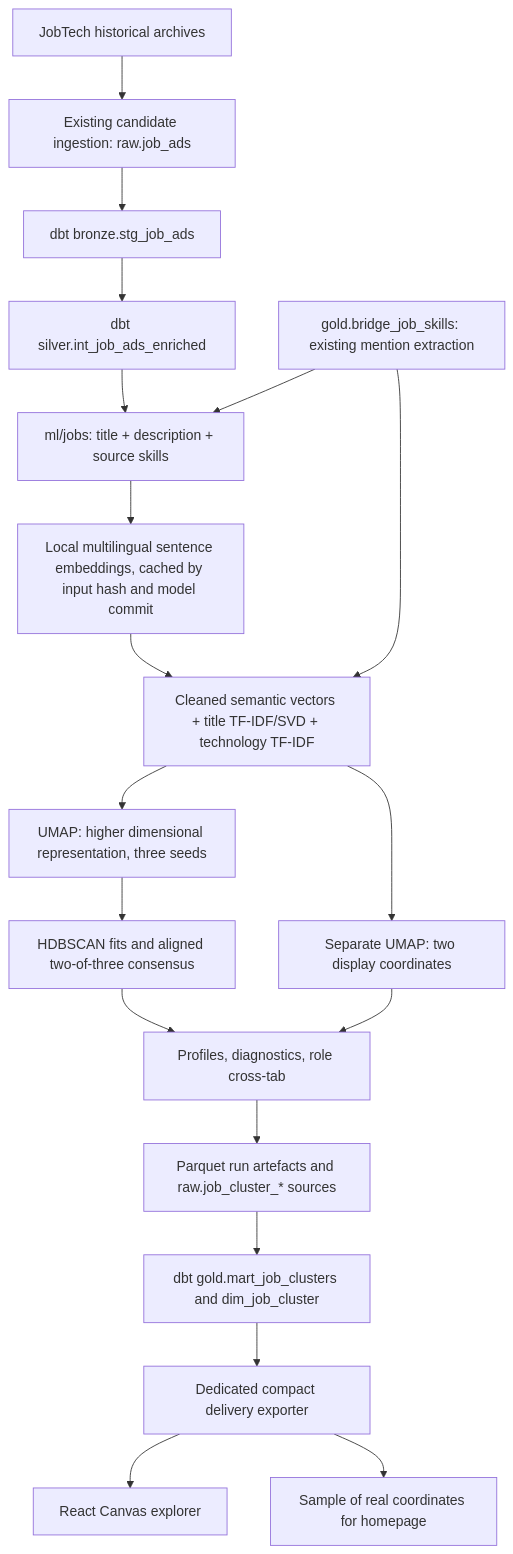
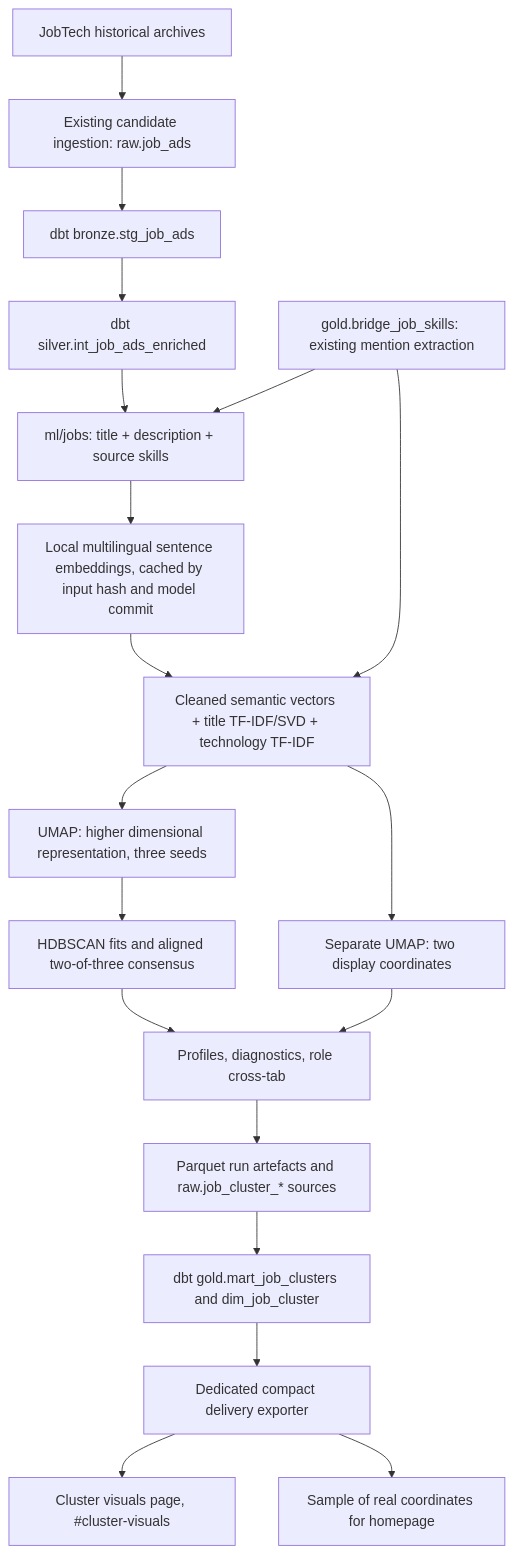
One commit to korv9/anton-portfolio changed the diagram in docs/job-market-clustering.md. Above: the diagram before and after it, drawn with Mermaid. The commit also changed other lines of this file and 90 other files, not shown here.

````diff
--- a/docs/job-market-clustering.md
+++ b/docs/job-market-clustering.md
@@ -10,21 +11,21 @@
 ```mermaid
 flowchart TD
     A[JobTech historical archives] --> B[Existing candidate ingestion: raw.job_ads]
     B --> C[dbt bronze.stg_job_ads]
     C --> D[dbt silver.int_job_ads_enriched]
     D --> E[ml/jobs: title + description + source skills]
     F[gold.bridge_job_skills: existing mention extraction] --> E
     E --> G[Local multilingual sentence embeddings, cached by input hash and model commit]
     G --> R[Cleaned semantic vectors + title TF-IDF/SVD + technology TF-IDF]
     F --> R
     R --> H[UMAP: higher dimensional representation, three seeds]
     H --> I[HDBSCAN fits and aligned two-of-three consensus]
     R --> J[Separate UMAP: two display coordinates]
     I --> K[Profiles, diagnostics, role cross-tab]
     J --> K
     K --> L[Parquet run artefacts and raw.job_cluster_* sources]
     L --> M[dbt gold.mart_job_clusters and dim_job_cluster]
     M --> N[Dedicated compact delivery exporter]
-    N --> O[React Canvas explorer]
+    N --> O[Cluster visuals page, #cluster-visuals]
     N --> P[Sample of real coordinates for homepage]
 ```
````
